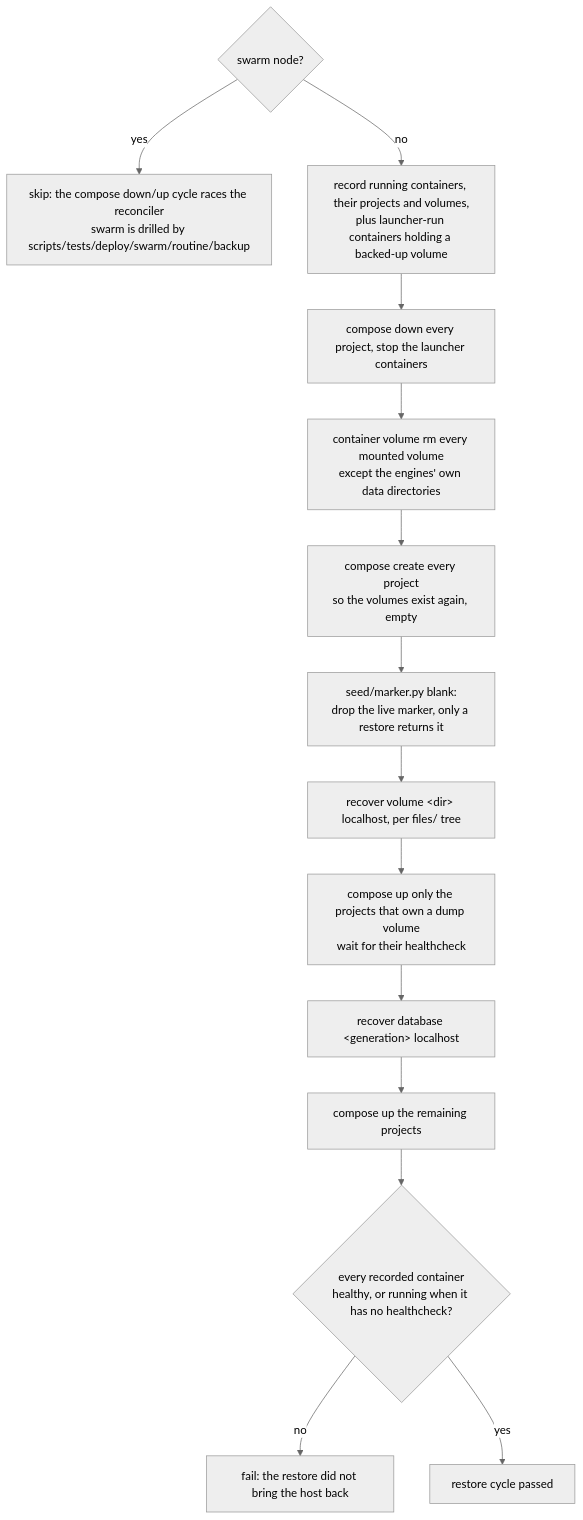
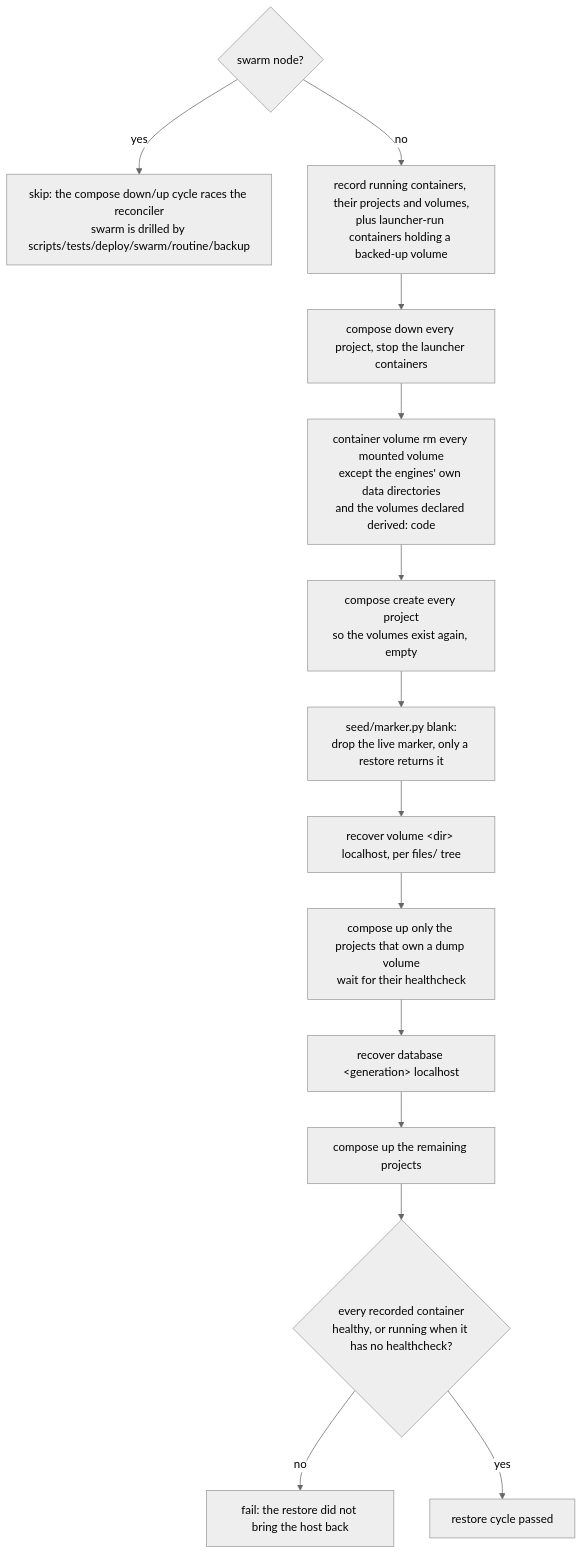
Before and after one commit to infinito-nexus/core: the fourth of 5 diagrams in roles/svc-bkp-volume-2-local/files/test/README.md, drawn with Mermaid (neutral theme). The commit also changed other lines of this file and 9 other files, not shown here.

First line of the commit message:
fix(svc-bkp-volume-2-local): keep volumes derived from code through the restore drill

````diff
--- a/roles/svc-bkp-volume-2-local/files/test/README.md
+++ b/roles/svc-bkp-volume-2-local/files/test/README.md
@@ -152,16 +152,16 @@
 ```mermaid
 flowchart TD
     SWARM{"swarm node?"} -->|yes| SK["skip: the compose down/up cycle races the reconciler<br>swarm is drilled by scripts/tests/deploy/swarm/routine/backup"]
     SWARM -->|no| REC["record running containers, their projects and volumes,<br>plus launcher-run containers holding a backed-up volume"]
     REC --> DOWN["compose down every project, stop the launcher containers"]
-    DOWN --> RM["container volume rm every mounted volume<br>except the engines' own data directories"]
+    DOWN --> RM["container volume rm every mounted volume<br>except the engines' own data directories<br>and the volumes declared derived: code"]
     RM --> CREATE["compose create every project<br>so the volumes exist again, empty"]
     CREATE --> BLANK["seed/marker.py blank:<br>drop the live marker, only a restore returns it"]
     BLANK --> VOL["recover volume &lt;dir&gt; localhost, per files/ tree"]
     VOL --> DBUP["compose up only the projects that own a dump volume<br>wait for their healthcheck"]
     DBUP --> DB["recover database &lt;generation&gt; localhost"]
     DB --> UP["compose up the remaining projects"]
     UP --> HEALTH{"every recorded container<br>healthy, or running when it has no healthcheck?"}
     HEALTH -->|no| FAIL["fail: the restore did not bring the host back"]
     HEALTH -->|yes| DONE["restore cycle passed"]
 ```
````
